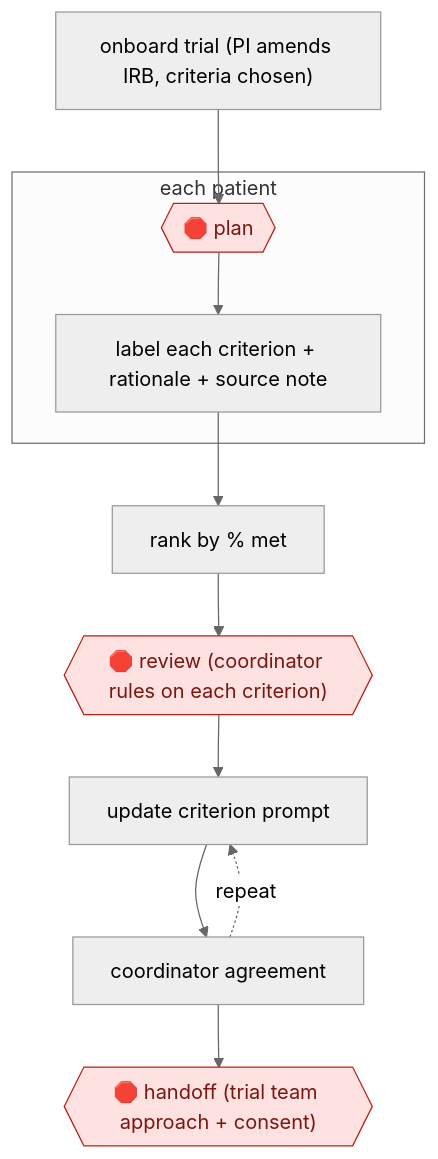
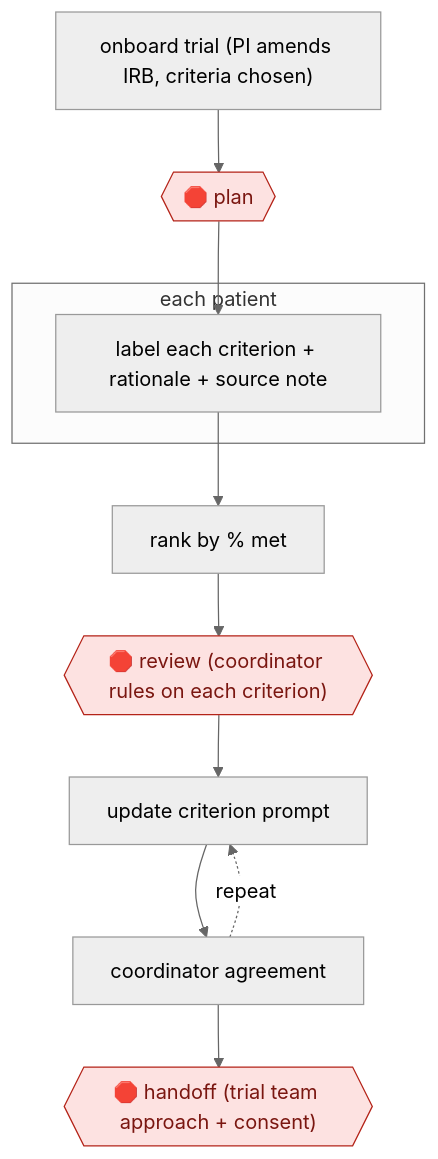
Before and after one commit to milesradford99/agent-workflow-atlas: the diagram in workflows/PRO/HLT/CLINTRIAL/coordinator-reviewed-prescreen/README.md, drawn with Mermaid (neutral theme). The commit also changed other lines of this file and 171 other files, not shown here.

````diff
--- a/workflows/PRO/HLT/CLINTRIAL/coordinator-reviewed-prescreen/README.md
+++ b/workflows/PRO/HLT/CLINTRIAL/coordinator-reviewed-prescreen/README.md
@@ -31,22 +31,22 @@
 ```mermaid
 flowchart TD
   n1["onboard trial (PI amends IRB, criteria chosen)"]
   n2{{"🛑 plan"}}:::stop
-  n1 --> n2
   subgraph s3["each patient"]
   n4["label each criterion + rationale + source note"]
-  n2 --> n4
   end
   n5["rank by % met"]
+  n6{{"🛑 review (coordinator rules on each criterion)"}}:::stop
+  n7["update criterion prompt"]
+  n8["coordinator agreement"]
+  n9{{"🛑 handoff (trial team approach + consent)"}}:::stop
+  n1 --> n2
+  n2 --> n4
   n4 --> n5
-  n6{{"🛑 review (coordinator rules on each criterion)"}}:::stop
   n5 --> n6
-  n7["update criterion prompt"]
   n6 --> n7
-  n8["coordinator agreement"]
   n7 --> n8
   n8 -.->|repeat| n7
-  n9{{"🛑 handoff (trial team approach + consent)"}}:::stop
   n8 --> n9
   classDef stop fill:#fde2e1,stroke:#b42318,color:#7a1610
 ```
````
